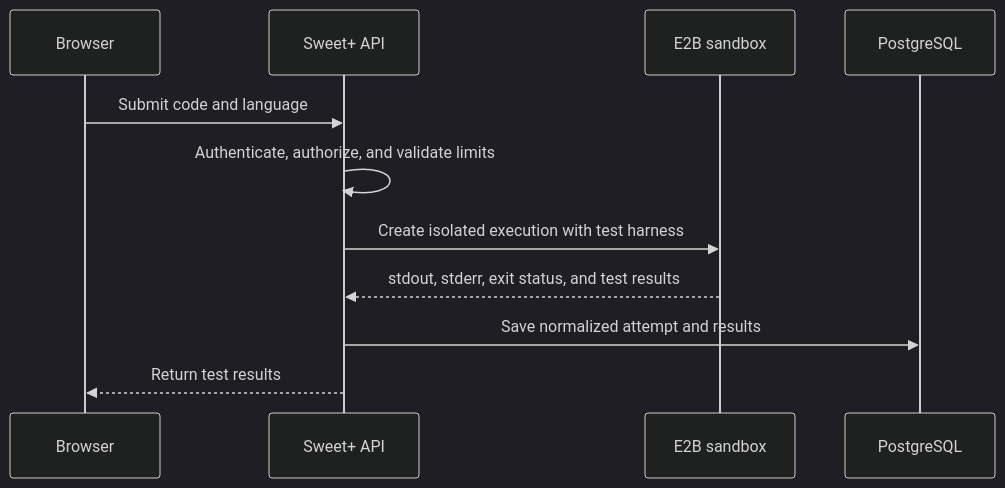
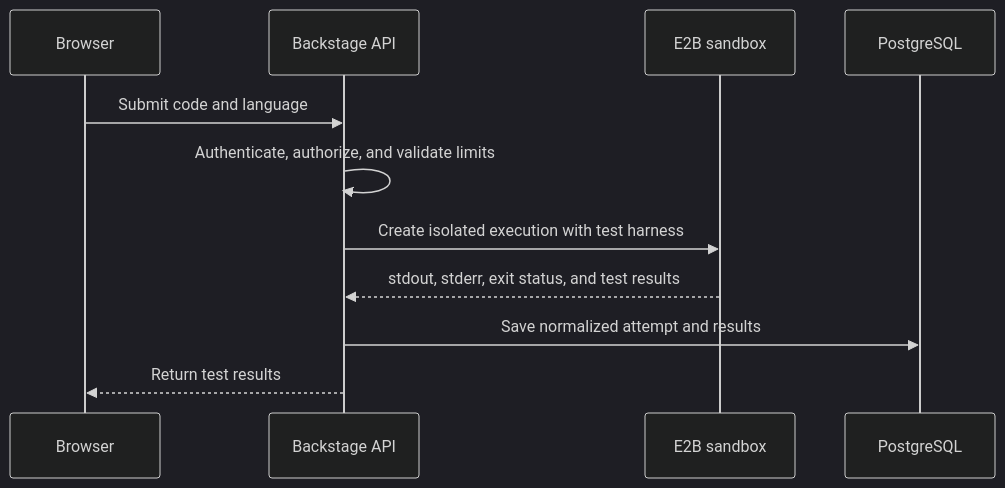
One commit to amansriven/Roleward changed the second of 2 diagrams in docs/ARCHITECTURE.md. Above: the diagram before and after it, drawn with Mermaid (dark theme). The commit also changed other lines of this file and 116 other files, not shown here.

First line of the commit message:
feat: add signature and parameter schemas for problem definitions

````diff
--- a/docs/ARCHITECTURE.md
+++ b/docs/ARCHITECTURE.md
@@ -208,14 +208,14 @@
 ```mermaid
 sequenceDiagram
     participant B as Browser
-    participant A as Sweet+ API
+    participant A as Backstage API
     participant X as E2B sandbox
     participant D as PostgreSQL
 
     B->>A: Submit code and language
     A->>A: Authenticate, authorize, and validate limits
     A->>X: Create isolated execution with test harness
     X-->>A: stdout, stderr, exit status, and test results
     A->>D: Save normalized attempt and results
     A-->>B: Return test results
 ```
````
